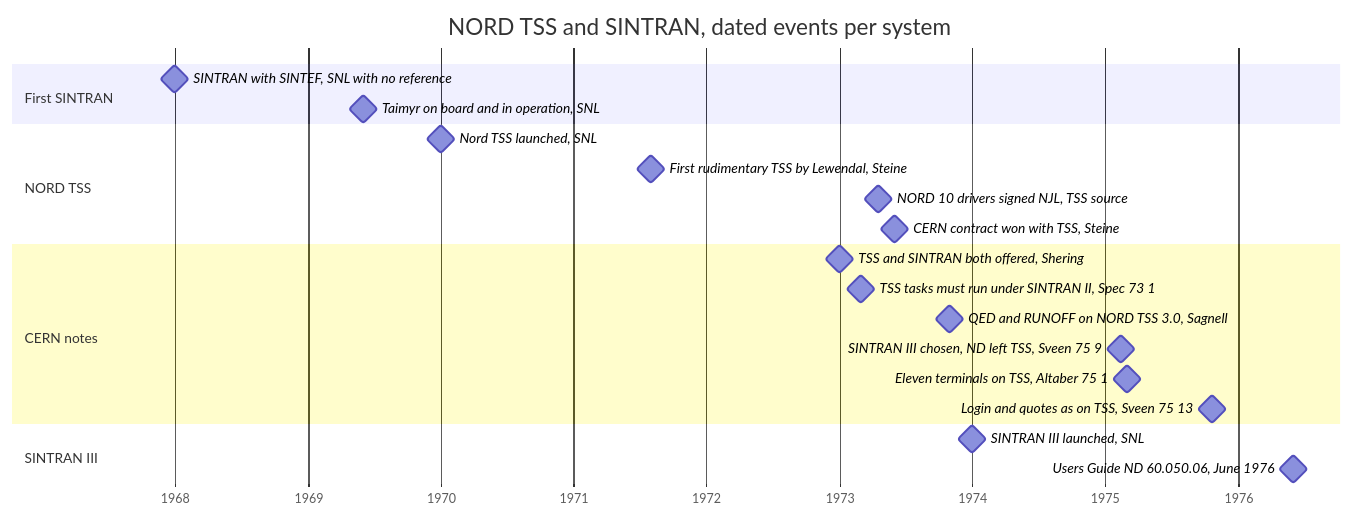
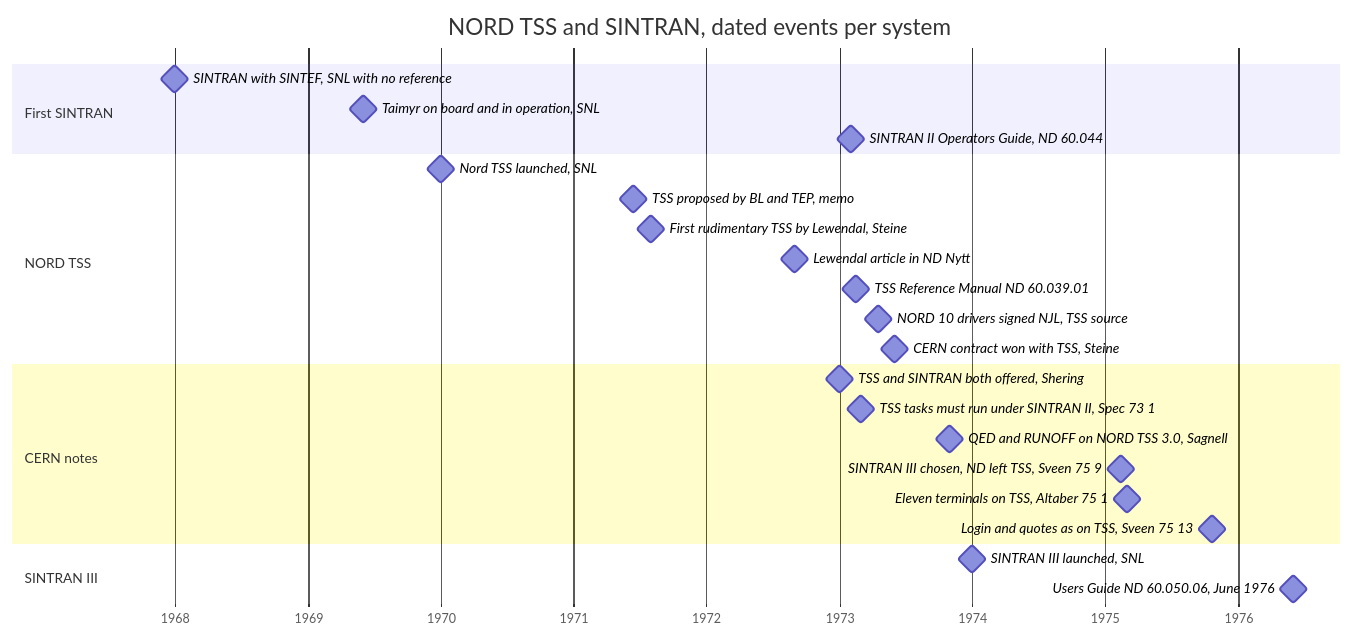
The first of 2 diagrams in docs/TSS-AND-SINTRAN.md (RetroCoreLabs/TSS), drawn with Mermaid before and after one commit. The commit also changed other lines of this file and 7 other files, not shown here.

````diff
--- a/docs/TSS-AND-SINTRAN.md
+++ b/docs/TSS-AND-SINTRAN.md
@@ -48,26 +13,30 @@
 ```mermaid
 %%{init: {"gantt": {"leftPadding": 130}}}%%
 gantt
     title NORD TSS and SINTRAN, dated events per system
     dateFormat YYYY-MM-DD
     axisFormat %Y
     tickInterval 1year
     section First SINTRAN
     SINTRAN with SINTEF, SNL with no reference     :milestone, 1968-01-01, 0d
     Taimyr on board and in operation, SNL           :milestone, 1969-06-01, 0d
+    SINTRAN II Operators Guide, ND 60.044          :milestone, 1973-02-01, 0d
     section NORD TSS
     Nord TSS launched, SNL                          :milestone, 1970-01-01, 0d
+    TSS proposed by BL and TEP, memo                :milestone, 1971-06-14, 0d
     First rudimentary TSS by Lewendal, Steine       :milestone, 1971-08-01, 0d
+    Lewendal article in ND Nytt                      :milestone, 1972-09-01, 0d
+    TSS Reference Manual ND 60.039.01               :milestone, 1973-02-16, 0d
     NORD 10 drivers signed NJL, TSS source          :milestone, 1973-04-17, 0d
     CERN contract won with TSS, Steine              :milestone, 1973-06-01, 0d
     section CERN notes
     TSS and SINTRAN both offered, Shering           :milestone, 1973-01-01, 0d
     TSS tasks must run under SINTRAN II, Spec 73 1  :milestone, 1973-03-01, 0d
     QED and RUNOFF on NORD TSS 3.0, Sagnell         :milestone, 1973-11-01, 0d
     SINTRAN III chosen, ND left TSS, Sveen 75 9     :milestone, 1975-02-14, 0d
     Eleven terminals on TSS, Altaber 75 1           :milestone, 1975-03-01, 0d
     Login and quotes as on TSS, Sveen 75 13         :milestone, 1975-10-21, 0d
     section SINTRAN III
     SINTRAN III launched, SNL                       :milestone, 1974-01-01, 0d
     Users Guide ND 60.050.06, June 1976             :milestone, 1976-06-01, 0d
 ```
````
